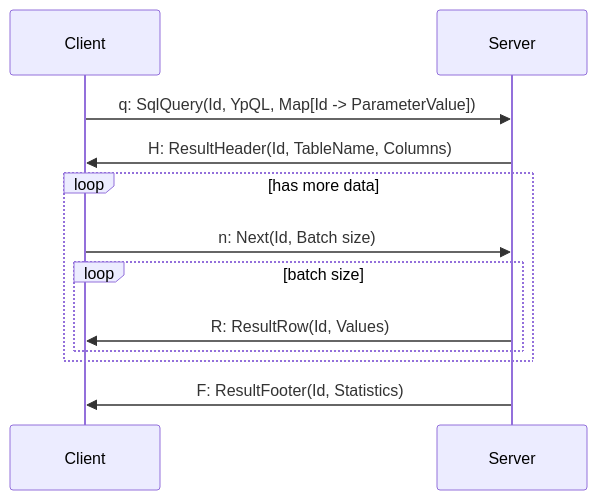
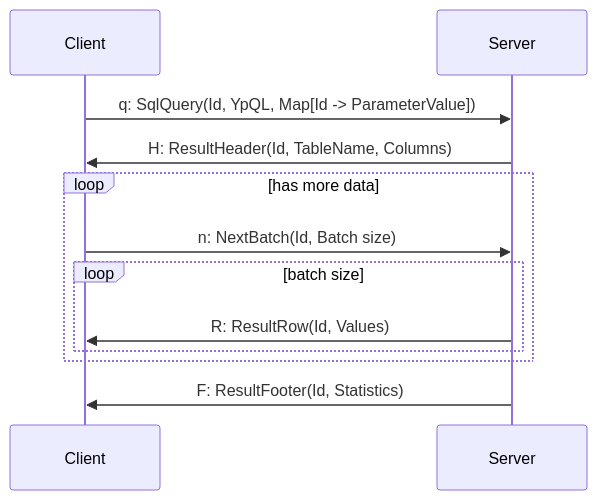
One commit to rusexpertiza-llc/yupana changed the diagram in docs/mdoc/protocol/query.md. Above: the diagram before and after it, drawn with Mermaid. The commit also changed other lines of this file and 14 other files, not shown here.

````diff
--- a/docs/mdoc/protocol/query.md
+++ b/docs/mdoc/protocol/query.md
@@ -13,15 +13,15 @@
 ```mermaid
 sequenceDiagram
     participant C as Client
     participant S as Server
 
     C->>S: q: SqlQuery(Id, YpQL, Map[Id -> ParameterValue])
     S->>C: H: ResultHeader(Id, TableName, Columns)
     loop has more data
-      C->>S: n: Next(Id, Batch size)
+      C->>S: n: NextBatch(Id, Batch size)
       loop batch size
           S->>C: R: ResultRow(Id, Values)
       end
     end
     S->>C: F: ResultFooter(Id, Statistics)
 ```
````
